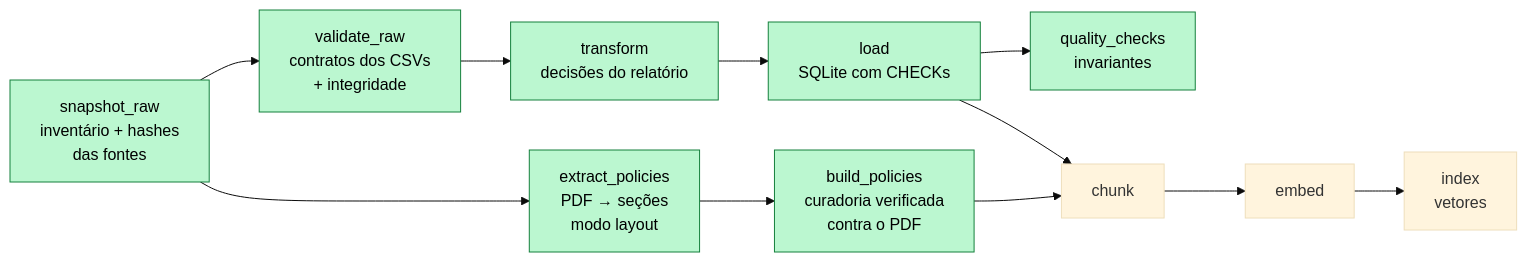
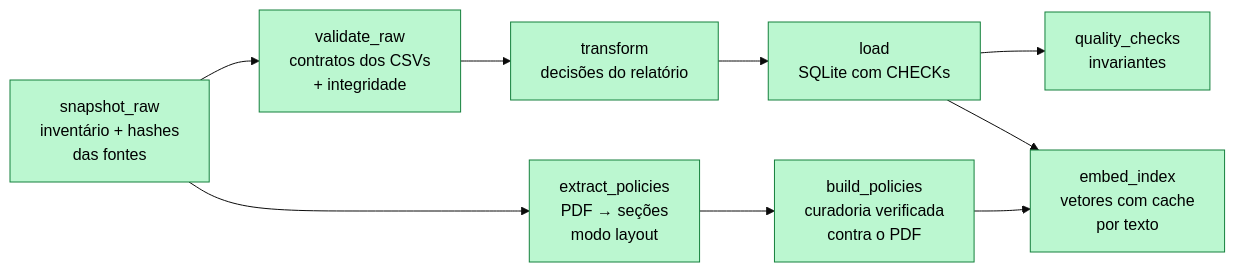
Before and after one commit to RonildoSilva/ai-engineer-challenge: the seventh of 13 diagrams in README.md, drawn with Mermaid (base theme). The commit also changed other lines of this file and 19 other files, not shown here.

````diff
--- a/README.md
+++ b/README.md
@@ -254,9 +257,9 @@
 ```mermaid
 flowchart LR
     S[snapshot_raw<br/>inventário + hashes<br/>das fontes]:::done --> V[validate_raw<br/>contratos dos CSVs<br/>+ integridade]:::done
     V --> T[transform<br/>decisões do relatório]:::done --> L[load<br/>SQLite com CHECKs]:::done --> Q[quality_checks<br/>invariantes]:::done
     S --> PE[extract_policies<br/>PDF → seções<br/>modo layout]:::done --> PS[build_policies<br/>curadoria verificada<br/>contra o PDF]:::done
-    L --> C[chunk] --> E[embed] --> I[index<br/>vetores]
-    PS --> C
+    L --> E[embed_index<br/>vetores com cache<br/>por texto]:::done
+    PS --> E
     classDef done fill:#bbf7d0,stroke:#15803d,color:#000
 ```
````
